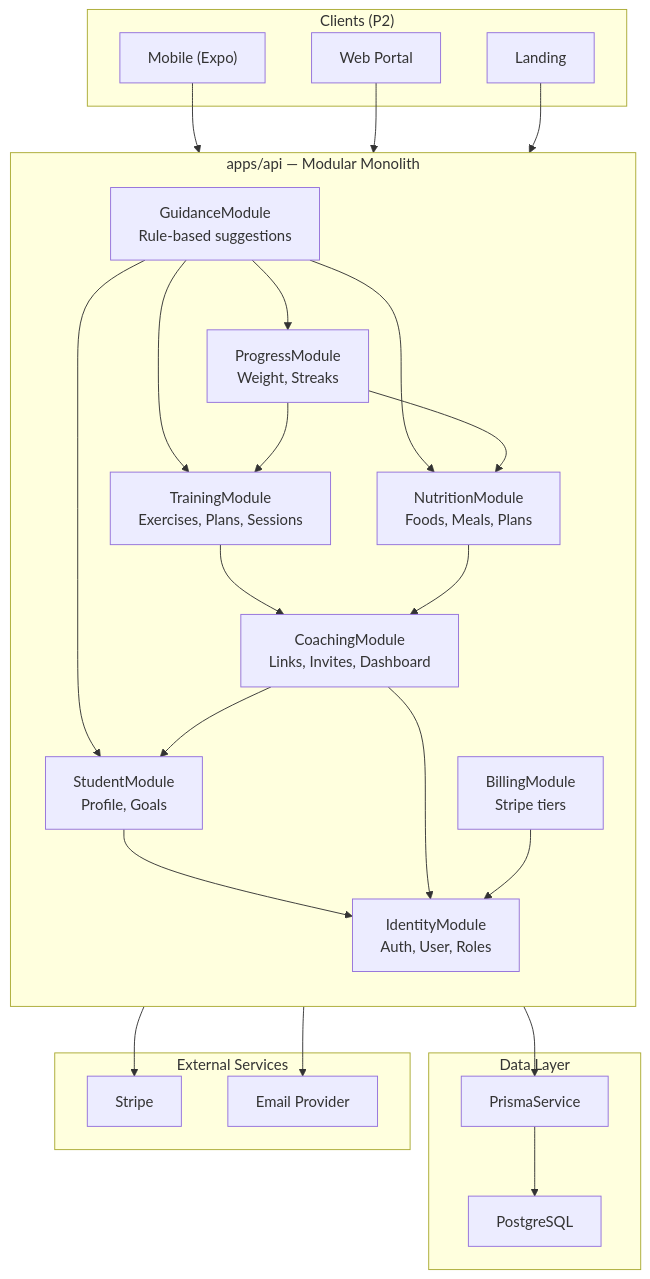
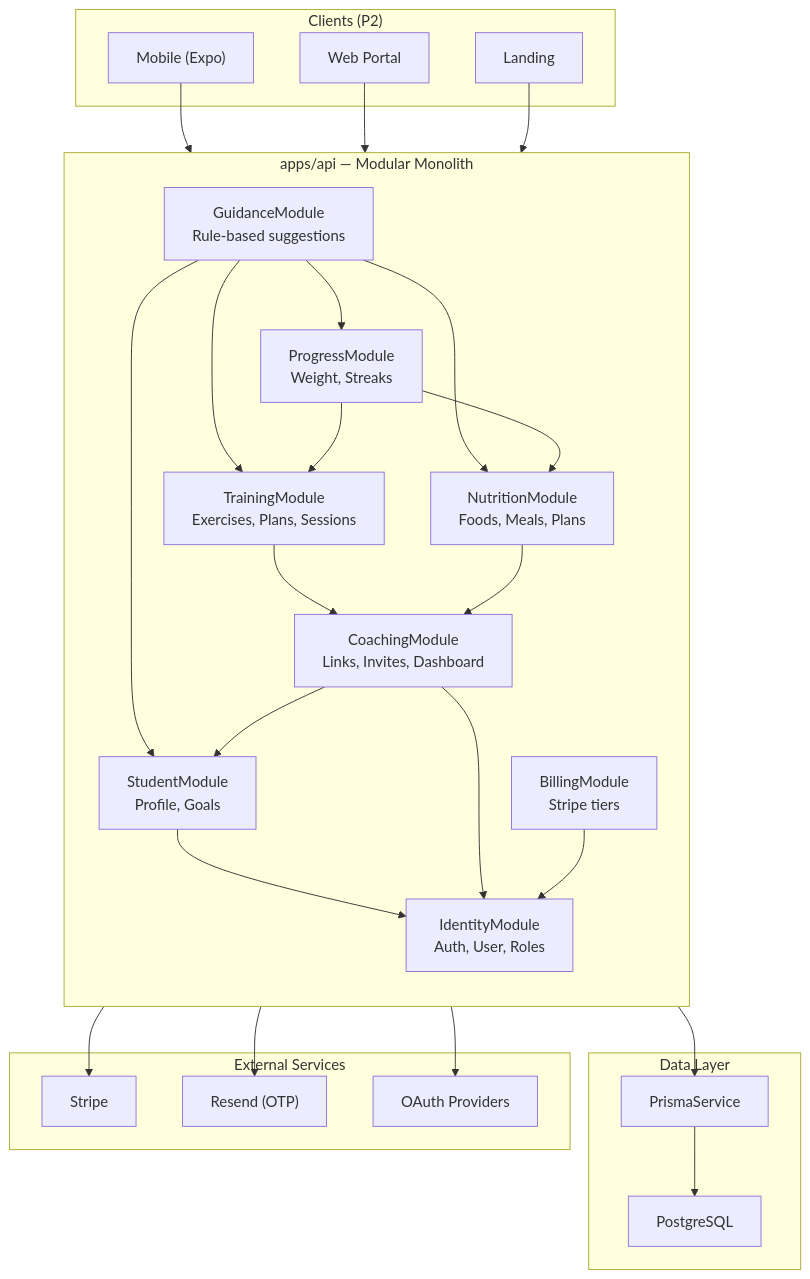
One commit to jpp000/forma changed the diagram in .specs/features/platform-foundation/design.md. Above: the diagram before and after it, drawn with Mermaid. The commit also changed other lines of this file and 4 other files, not shown here.

````diff
--- a/.specs/features/platform-foundation/design.md
+++ b/.specs/features/platform-foundation/design.md
@@ -212,52 +212,54 @@
 ```mermaid
 graph TB
     subgraph Clients["Clients (P2)"]
         Mobile["Mobile (Expo)"]
         WebPortal["Web Portal"]
         Landing["Landing"]
     end
 
     subgraph API["apps/api — Modular Monolith"]
         direction TB
         Identity["IdentityModule<br/>Auth, User, Roles"]
         Student["StudentModule<br/>Profile, Goals"]
         Guidance["GuidanceModule<br/>Rule-based suggestions"]
         Training["TrainingModule<br/>Exercises, Plans, Sessions"]
         Nutrition["NutritionModule<br/>Foods, Meals, Plans"]
         Progress["ProgressModule<br/>Weight, Streaks"]
         Coaching["CoachingModule<br/>Links, Invites, Dashboard"]
         Billing["BillingModule<br/>Stripe tiers"]
     end
 
     subgraph Data["Data Layer"]
         Prisma["PrismaService"]
         PG["PostgreSQL"]
     end
 
     subgraph External["External Services"]
         Stripe["Stripe"]
-        Email["Email Provider"]
+        Email["Resend (OTP)"]
+        OAuth["OAuth Providers"]
     end
 
     Mobile --> API
     WebPortal --> API
     Landing --> API
 
     Identity --> Prisma
     Student --> Identity
     Guidance --> Student
     Guidance --> Training
     Guidance --> Nutrition
     Guidance --> Progress
     Training --> Coaching
     Nutrition --> Coaching
     Progress --> Training
     Progress --> Nutrition
     Coaching --> Identity
     Coaching --> Student
     Billing --> Identity
     Billing --> Stripe
     Identity --> Email
+    Identity --> OAuth
 
     Prisma --> PG
 ```
````
